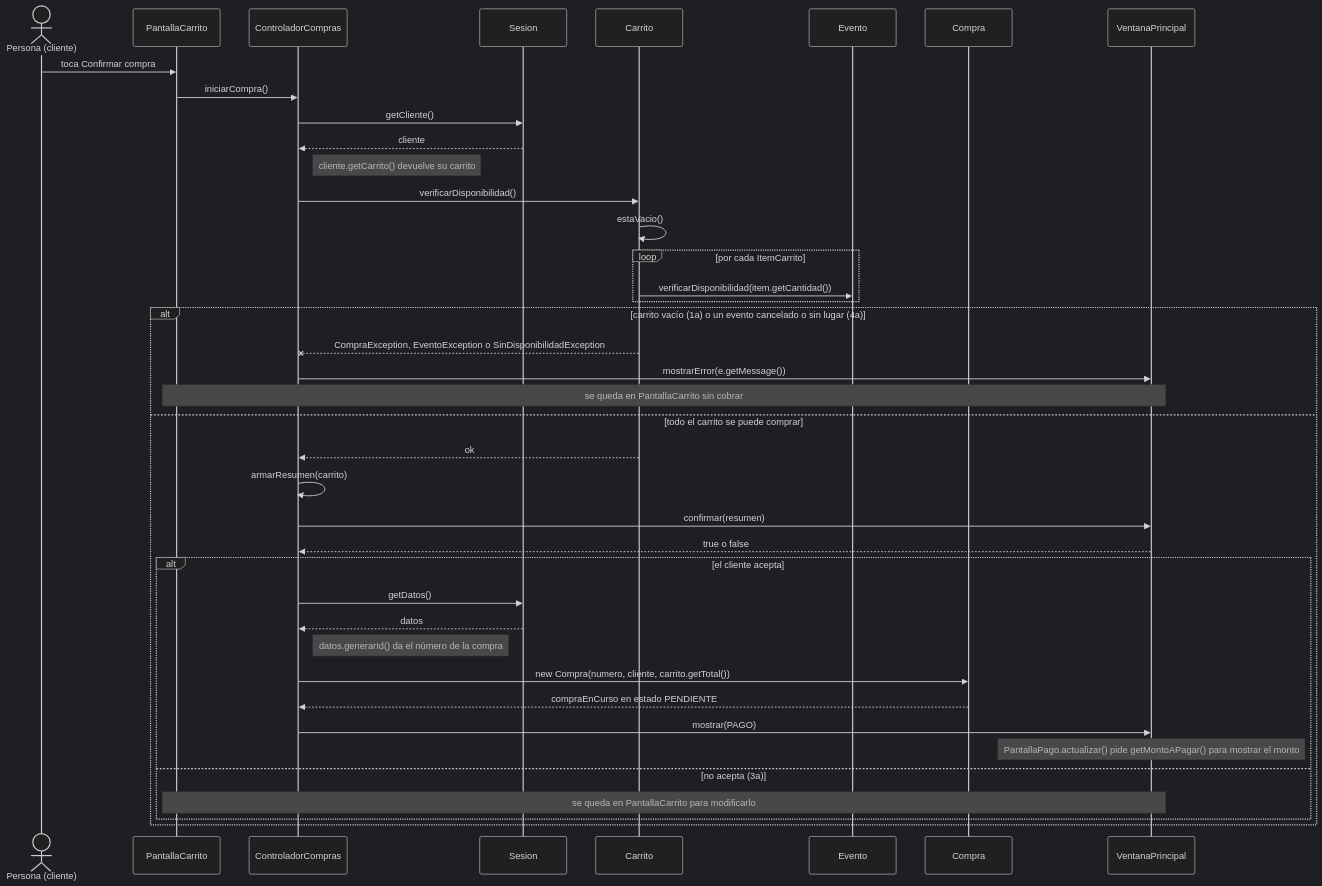
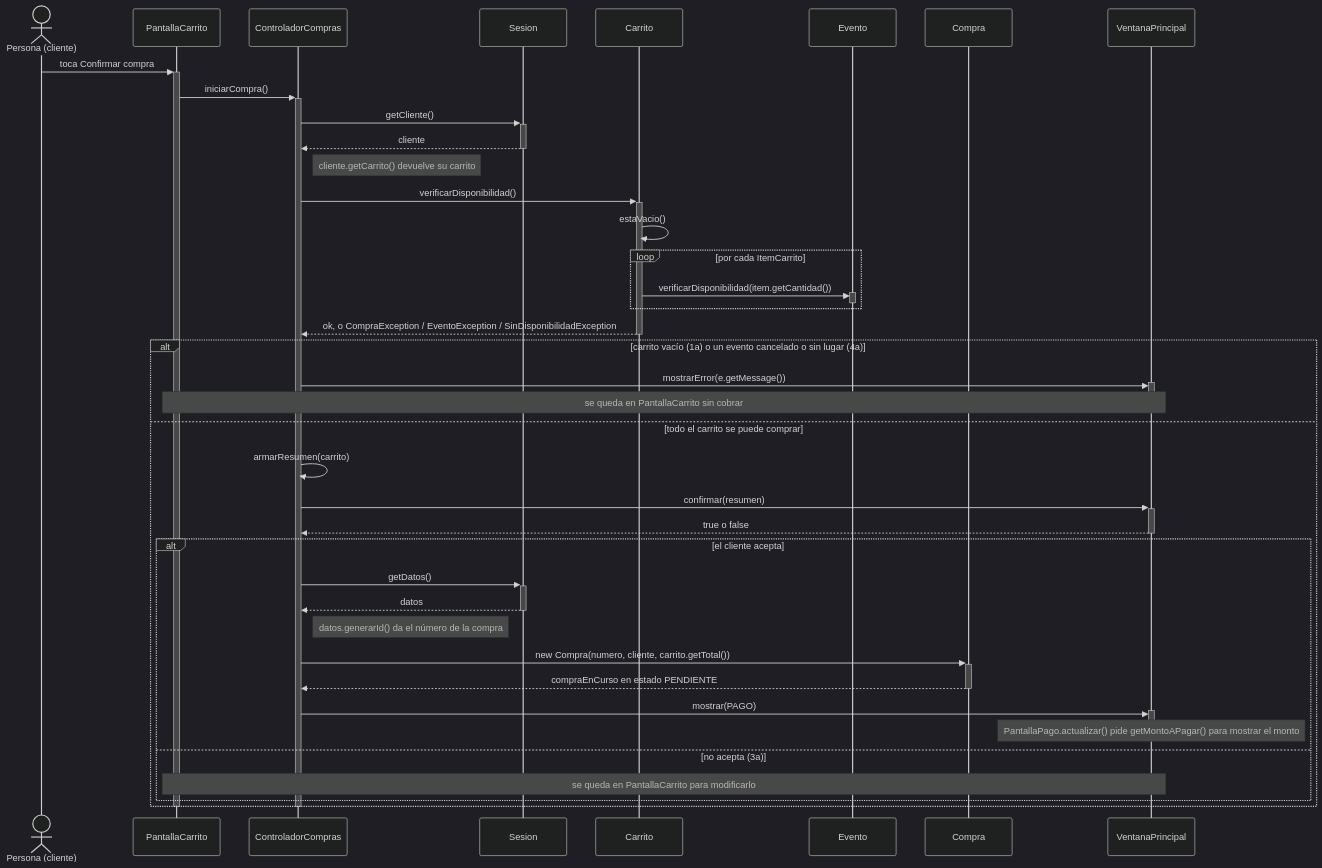
The first of 3 diagrams in docs/diseno/secuencias/CU10-confirmar-compra.md (AgustinSimonenco/gestion-eventos-musicales), drawn with Mermaid (dark theme) before and after one commit. The commit also changed other lines of this file and 12 other files, not shown here.

First line of the commit message:
Agregar barras de activación a todos los diagramas de secuencia

````diff
--- a/docs/diseno/secuencias/CU10-confirmar-compra.md
+++ b/docs/diseno/secuencias/CU10-confirmar-compra.md
@@ -15,43 +15,47 @@
 ```mermaid
 sequenceDiagram
     actor U as Persona (cliente)
     participant P as PantallaCarrito
     participant C as ControladorCompras
     participant S as Sesion
     participant Ca as Carrito
     participant E as Evento
     participant Co as Compra
     participant V as VentanaPrincipal
 
-    U->>P: toca Confirmar compra
-    P->>C: iniciarCompra()
-    C->>S: getCliente()
-    S-->>C: cliente
+    U->>+P: toca Confirmar compra
+    P->>+C: iniciarCompra()
+    C->>+S: getCliente()
+    S-->>-C: cliente
     Note right of C: cliente.getCarrito() devuelve su carrito
-    C->>Ca: verificarDisponibilidad()
+    C->>+Ca: verificarDisponibilidad()
     Ca->>Ca: estaVacio()
     loop por cada ItemCarrito
-        Ca->>E: verificarDisponibilidad(item.getCantidad())
+        Ca->>+E: verificarDisponibilidad(item.getCantidad())
+        deactivate E
     end
+    Ca-->>-C: ok, o CompraException / EventoException / SinDisponibilidadException
     alt carrito vacío (1a) o un evento cancelado o sin lugar (4a)
-        Ca--xC: CompraException, EventoException o SinDisponibilidadException
-        C->>V: mostrarError(e.getMessage())
+        C->>+V: mostrarError(e.getMessage())
+        deactivate V
         Note over P,V: se queda en PantallaCarrito sin cobrar
     else todo el carrito se puede comprar
-        Ca-->>C: ok
         C->>C: armarResumen(carrito)
-        C->>V: confirmar(resumen)
-        V-->>C: true o false
+        C->>+V: confirmar(resumen)
+        V-->>-C: true o false
         alt el cliente acepta
-            C->>S: getDatos()
-            S-->>C: datos
+            C->>+S: getDatos()
+            S-->>-C: datos
             Note right of C: datos.generarId() da el número de la compra
-            C->>Co: new Compra(numero, cliente, carrito.getTotal())
-            Co-->>C: compraEnCurso en estado PENDIENTE
-            C->>V: mostrar(PAGO)
+            C->>+Co: new Compra(numero, cliente, carrito.getTotal())
+            Co-->>-C: compraEnCurso en estado PENDIENTE
+            C->>+V: mostrar(PAGO)
+            deactivate V
             Note over V: PantallaPago.actualizar() pide getMontoAPagar() para mostrar el monto
         else no acepta (3a)
             Note over P,V: se queda en PantallaCarrito para modificarlo
         end
     end
+    deactivate C
+    deactivate P
 ```
````
